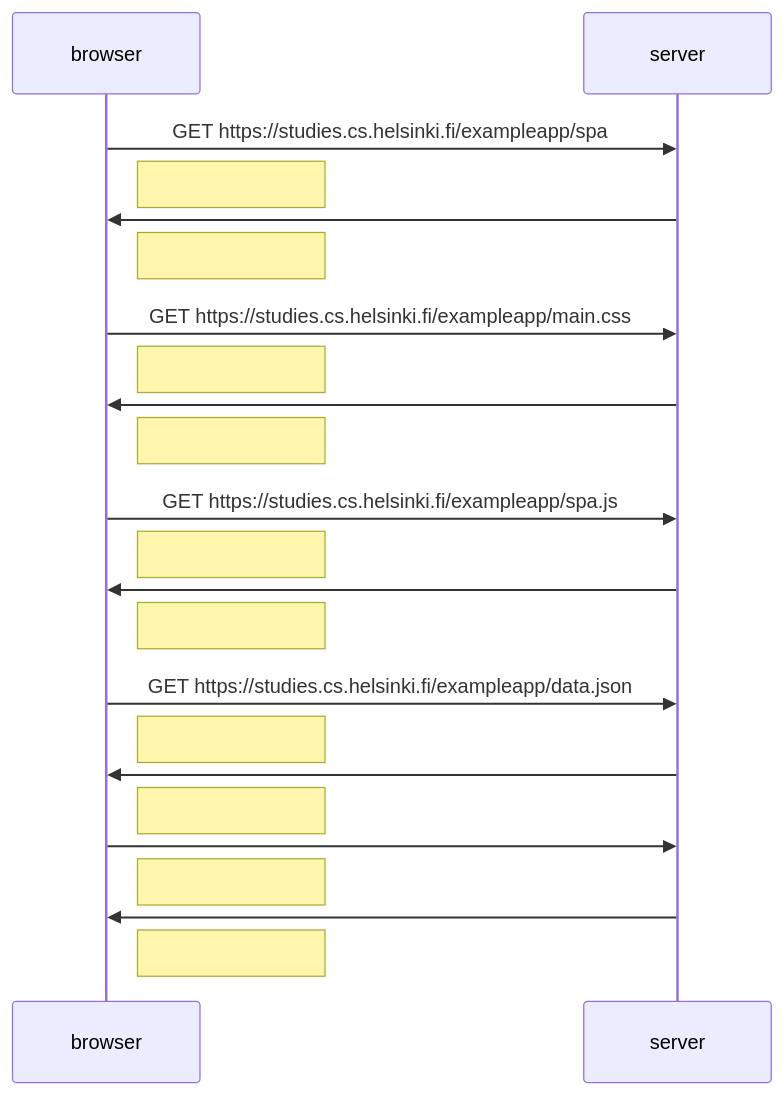
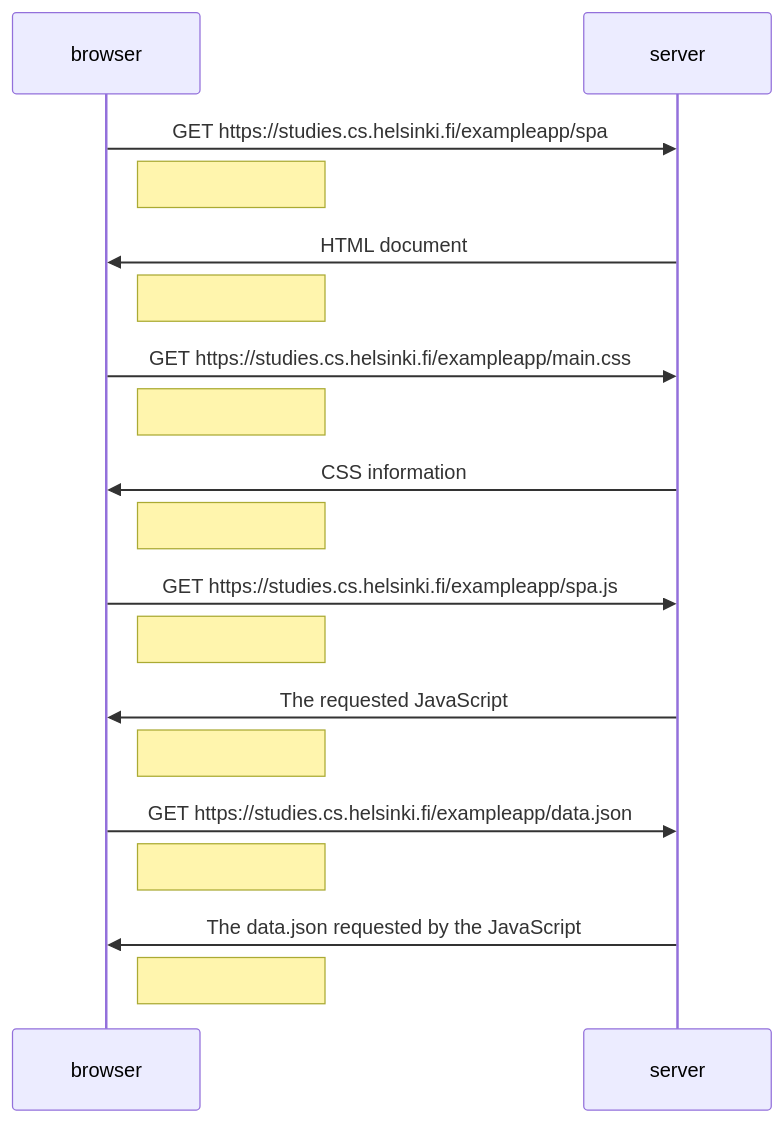
One commit to Welhox/FSO changed the diagram in part0/0.5.md. Above: the diagram before and after it, drawn with Mermaid.

````diff
--- a/part0/0.5.md
+++ b/part0/0.5.md
@@ -1,30 +1,25 @@
 ```mermaid
 sequenceDiagram
   participant browser
   participant server
 
   browser->>server: GET https://studies.cs.helsinki.fi/exampleapp/spa
   note right of browser: 
-  server ->>browser: 
+  server ->>browser: HTML document
   note right of browser: 
 
   browser->>server: GET https://studies.cs.helsinki.fi/exampleapp/main.css
   note right of browser: 
-  server ->>browser: 
+  server ->>browser: CSS information
   note right of browser: 
 
   browser->>server: GET https://studies.cs.helsinki.fi/exampleapp/spa.js
   note right of browser: 
-  server ->>browser: 
+  server ->>browser: The requested JavaScript
   note right of browser: 
 
   browser->>server: GET https://studies.cs.helsinki.fi/exampleapp/data.json
   note right of browser: 
-  server ->>browser: 
-  note right of browser: 
-
-  browser->>server: 
-  note right of browser: 
-  server ->>browser: 
+  server ->>browser: The data.json requested by the JavaScript
   note right of browser: 
 ```
````
